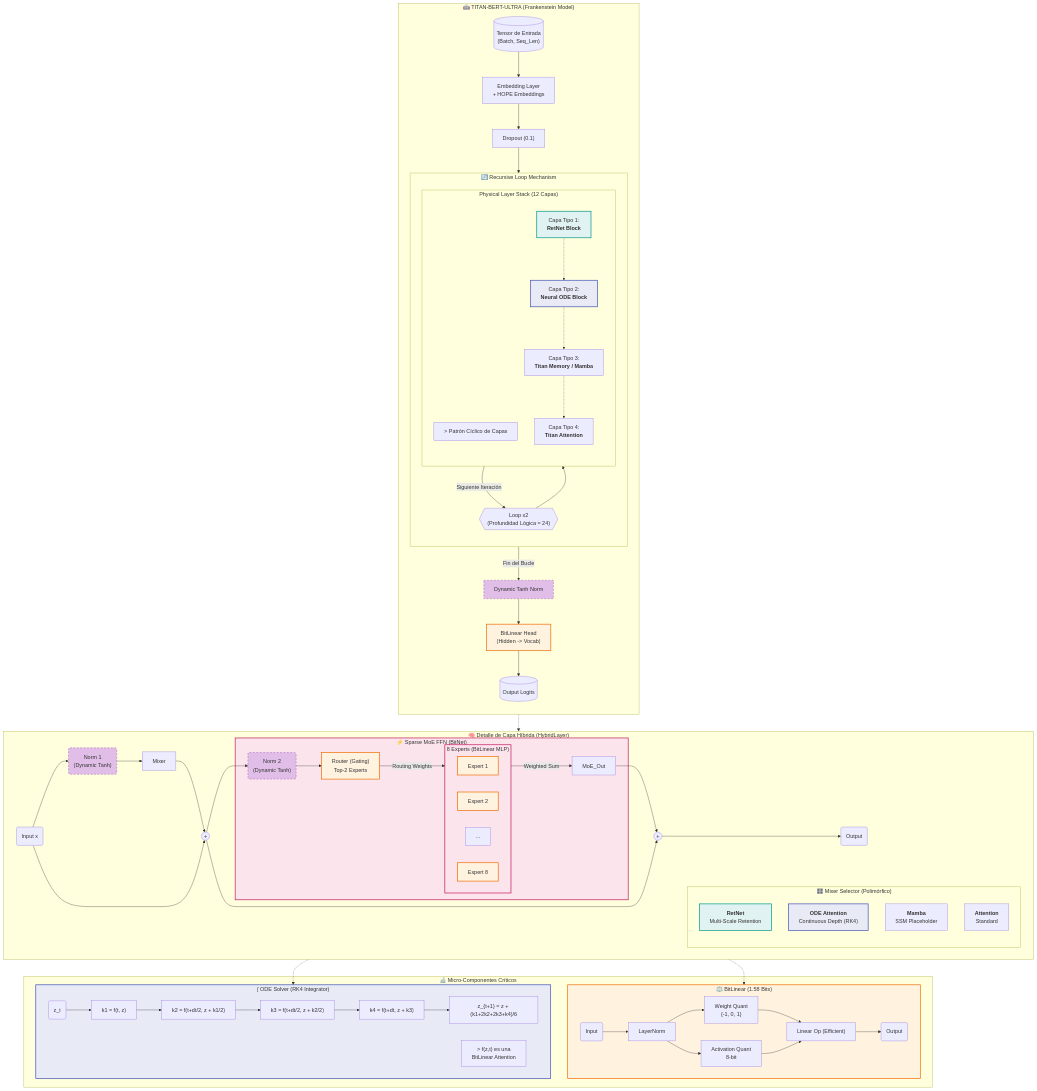
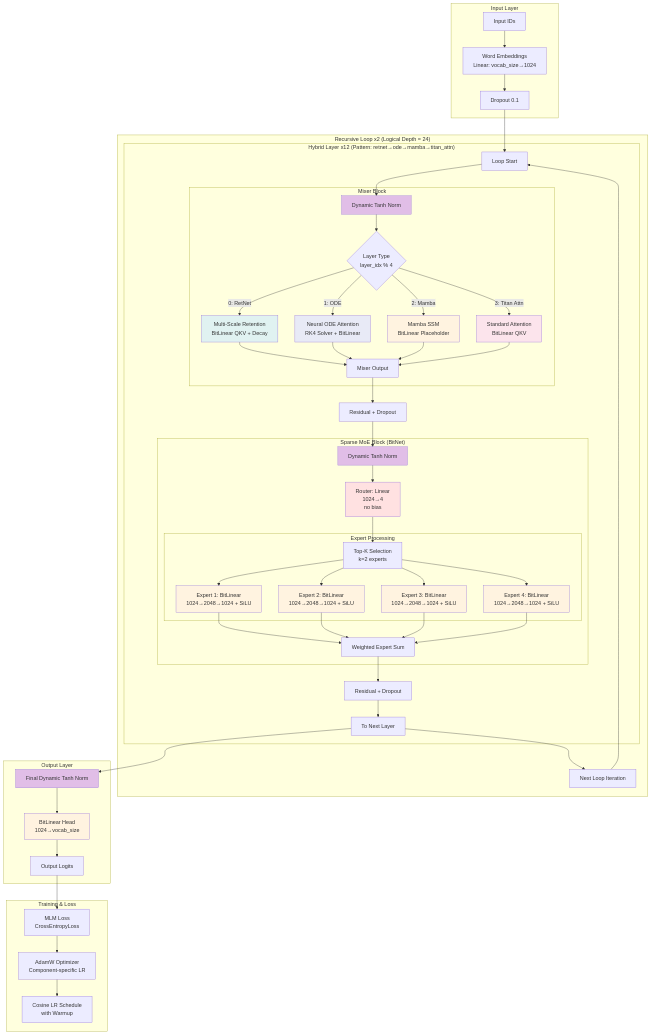
The diagram in docs/v2/diagram.mermaid (erickfmm/transformer-encoder-frankestein), drawn with Mermaid before and after one commit. The commit also changed 7 other files, not shown here.

Commit message:
add trainer for v2, update diagram

```diff
--- a/docs/v2/diagram.mermaid
+++ b/docs/v2/diagram.mermaid
@@ -1,115 +1,80 @@
-graph TD
-    %% --- ESTILOS VISUALES ---
-    classDef bitnet fill:#FFF3E0,stroke:#EF6C00,stroke-width:2px;
-    classDef ode fill:#E8EAF6,stroke:#3F51B5,stroke-width:2px;
-    classDef retnet fill:#E0F2F1,stroke:#009688,stroke-width:2px;
-    classDef moe fill:#FCE4EC,stroke:#C2185B,stroke-width:2px;
-    classDef core fill:#FAFAFA,stroke:#212121,stroke-width:2px;
-    classDef norm fill:#E1BEE7,stroke:#7B1FA2,stroke-dasharray: 5 5;
-
-    %% --- BLOQUE PRINCIPAL: TITAN-BERT-ULTRA ---
-    subgraph ARCHITECTURE ["🤖 TITAN-BERT-ULTRA (Frankenstein Model)"]
-        direction TB
+graph TB
+    subgraph "Input Layer"
+        A[Input IDs] --> B[Word Embeddings<br/>Linear: vocab_size→1024]
+        B --> C[Dropout 0.1]
+    end
+    
+    subgraph "Recursive Loop x2 (Logical Depth = 24)"
+        C --> D[Loop Start]
         
-        Input[("Tensor de Entrada<br/>(Batch, Seq_Len)")] --> Emb["Embedding Layer<br/>+ HOPE Embeddings"]
-        Emb --> Drop1["Dropout (0.1)"]
-        
-        %% --- MECANISMO DE BUCLE RECURSIVO ---
-        subgraph RECURSIVE_LOOP ["🔄 Recursive Loop Mechanism"]
-            direction TB
-            LoopStart{{"Loop x2<br/>(Profundidad Lógica = 24)"}}
+        subgraph "Hybrid Layer x12 (Pattern: retnet→ode→mamba→titan_attn)"
+            D --> E[Dynamic Tanh Norm]
             
-            subgraph PHYSICAL_LAYERS ["Physical Layer Stack (12 Capas)"]
-                direction TB
-                note1["> Patrón Cíclico de Capas"]
+            subgraph "Mixer Block"
+                E --> F{Layer Type<br/>layer_idx % 4}
                 
-                L_RetNet["Capa Tipo 1:<br/><b>RetNet Block</b>"]
-                L_ODE["Capa Tipo 2:<br/><b>Neural ODE Block</b>"]
-                L_Mamba["Capa Tipo 3:<br/><b>Titan Memory / Mamba</b>"]
-                L_Attn["Capa Tipo 4:<br/><b>Titan Attention</b>"]
+                F -->|0: RetNet| G1[Multi-Scale Retention<br/>BitLinear QKV + Decay]
+                F -->|1: ODE| G2[Neural ODE Attention<br/>RK4 Solver + BitLinear]
+                F -->|2: Mamba| G3[Mamba SSM<br/>BitLinear Placeholder]
+                F -->|3: Titan Attn| G4[Standard Attention<br/>BitLinear QKV]
                 
-                L_RetNet -.-> L_ODE -.-> L_Mamba -.-> L_Attn
+                G1 --> H[Mixer Output]
+                G2 --> H
+                G3 --> H
+                G4 --> H
             end
             
-            LoopStart --> L_RetNet
-            L_Attn -- "Siguiente Iteración" --> LoopStart
+            H --> I[Residual + Dropout]
+            I --> J[Dynamic Tanh Norm]
+            
+            subgraph "Sparse MoE Block (BitNet)"
+                J --> K[Router: Linear<br/>1024→4<br/>no bias]
+                K --> L[Top-K Selection<br/>k=2 experts]
+                
+                subgraph "Expert Processing"
+                    L --> M[Expert 1: BitLinear<br/>1024→2048→1024 + SiLU]
+                    L --> N[Expert 2: BitLinear<br/>1024→2048→1024 + SiLU]
+                    L --> O[Expert 3: BitLinear<br/>1024→2048→1024 + SiLU]
+                    L --> P[Expert 4: BitLinear<br/>1024→2048→1024 + SiLU]
+                end
+                
+                M --> Q[Weighted Expert Sum]
+                N --> Q
+                O --> Q
+                P --> Q
+            end
+            
+            Q --> R[Residual + Dropout]
+            R --> S[To Next Layer]
         end
         
-        Drop1 --> LoopStart
-        L_Attn -- "Fin del Bucle" --> FinalNorm["Dynamic Tanh Norm"]
-        FinalNorm --> Head["BitLinear Head<br/>(Hidden -> Vocab)"]
-        Head --> Logits[("Output Logits")]
+        S --> T[Next Loop Iteration]
+        T --> D
     end
-
-    %% --- DETALLE: HYBRID LAYER INTERNALS ---
-    subgraph LAYER_DETAIL ["🧠 Detalle de Capa Híbrida (HybridLayer)"]
-        direction LR
-        L_In(Input x) --> Norm1("Norm 1<br/>(Dynamic Tanh)")
-        
-        subgraph MIXER ["🎛️ Mixer Selector (Polimórfico)"]
-            direction TB
-            Opt1["<b>RetNet</b><br/>Multi-Scale Retention"]
-            Opt2["<b>ODE Attention</b><br/>Continuous Depth (RK4)"]
-            Opt3["<b>Mamba</b><br/>SSM Placeholder"]
-            Opt4["<b>Attention</b><br/>Standard"]
-        end
-        
-        Norm1 --> Mixer
-        Mixer --> Res1((+))
-        L_In --> Res1
-        
-        Res1 --> Norm2("Norm 2<br/>(Dynamic Tanh)")
-        
-        subgraph MOE ["⚡ Sparse MoE FFN (BitNet)"]
-            Router["Router (Gating)<br/>Top-2 Experts"]
-            
-            subgraph EXPERTS ["8 Experts (BitLinear MLP)"]
-                E1[Expert 1]
-                E2[Expert 2]
-                Ed[...]
-                E8[Expert 8]
-            end
-            
-            Norm2 --> Router
-            Router -- "Routing Weights" --> EXPERTS
-            EXPERTS -- "Weighted Sum" --> MoE_Out
-        end
-        
-        MoE_Out --> Res2((+))
-        Res1 --> Res2
-        Res2 --> L_Out(Output)
+    
+    subgraph "Output Layer"
+        S --> U[Final Dynamic Tanh Norm]
+        U --> V[BitLinear Head<br/>1024→vocab_size]
+        V --> W[Output Logits]
     end
-
-    %% --- DETALLE: BITLINEAR Y ODE ---
-    subgraph MICRO_COMPONENTS ["🔬 Micro-Componentes Críticos"]
-        
-        subgraph BITNET ["⚖️ BitLinear (1.58 Bits)"]
-            BL_In(Input) --> LN_Pre[LayerNorm]
-            LN_Pre --> Q_W["Weight Quant<br/>{-1, 0, 1}"]
-            LN_Pre --> Q_A["Activation Quant<br/>8-bit"]
-            Q_W & Q_A --> MUL["Linear Op (Efficient)"]
-            MUL --> BL_Out(Output)
-        end
-        
-        subgraph ODE_RK4 ["∫ ODE Solver (RK4 Integrator)"]
-            Z0(z_t) --> K1["k1 = f(t, z)"]
-            K1 --> K2["k2 = f(t+dt/2, z + k1/2)"]
-            K2 --> K3["k3 = f(t+dt/2, z + k2/2)"]
-            K3 --> K4["k4 = f(t+dt, z + k3)"]
-            K4 --> Z_Next["z_{t+1} = z + (k1+2k2+2k3+k4)/6"]
-            
-            note2["> f(z,t) es una<br/>BitLinear Attention"]
-        end
+    
+    subgraph "Training & Loss"
+        W --> X[MLM Loss<br/>CrossEntropyLoss]
+        X --> Y[AdamW Optimizer<br/>Component-specific LR]
+        Y --> Z[Cosine LR Schedule<br/>with Warmup]
     end
-
-    %% --- CONEXIONES ENTRE SUBGRAFOS PARA CONTEXTO ---
-    L_RetNet -.-> LAYER_DETAIL
-    Opt2 -.-> ODE_RK4
-    E1 -.-> BITNET
-
-    %% --- CLASES ---
-    class Head,E1,E2,E8,Router,BITNET bitnet;
-    class L_ODE,Opt2,ODE_RK4 ode;
-    class L_RetNet,Opt1 retnet;
-    class MOE,EXPERTS moe;
-    class Norm1,Norm2,FinalNorm norm;
+    
+    %% Styling
+    style G1 fill:#e0f2f1
+    style G2 fill:#e8eaf6
+    style G3 fill:#fff3e0
+    style G4 fill:#fce4ec
+    style K fill:#ffe1e1
+    style M fill:#fff3e0
+    style N fill:#fff3e0
+    style O fill:#fff3e0
+    style P fill:#fff3e0
+    style V fill:#fff3e0
+    style E fill:#e1bee7
+    style J fill:#e1bee7
+    style U fill:#e1bee7
```
